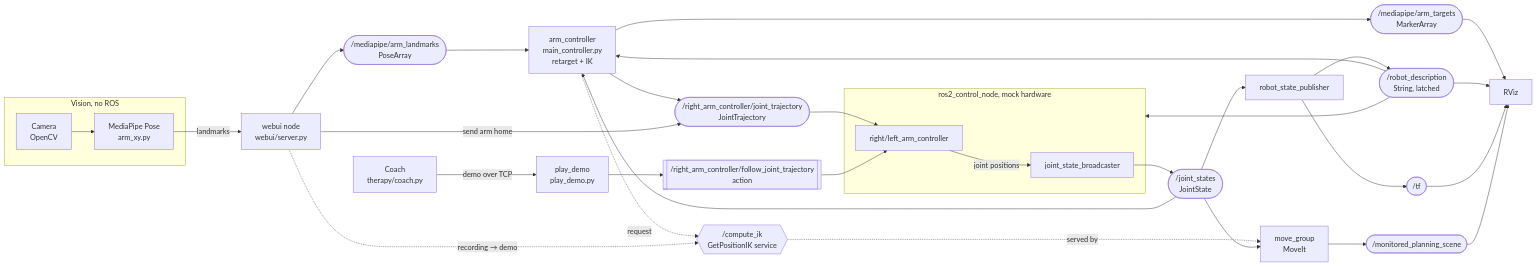
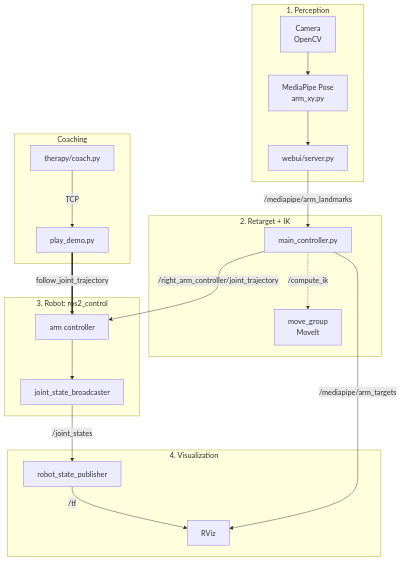
The first of 2 diagrams in README.md (rodeanmoradi/bots), drawn with Mermaid before and after one commit. The commit also changed other lines of this file and 6 other files, not shown here.

````diff
--- a/README.md
+++ b/README.md
@@ -30,51 +30,34 @@
 ```mermaid
-flowchart LR
-    subgraph vision["Vision, no ROS"]
-        cam["Camera<br/>OpenCV"] --> mp["MediaPipe Pose<br/>arm_xy.py"]
+flowchart TB
+    subgraph perception["1. Perception"]
+        cam["Camera<br/>OpenCV"] --> mp["MediaPipe Pose<br/>arm_xy.py"] --> web["webui/server.py"]
     end
 
-    web["webui node<br/>webui/server.py"]
-    mc["arm_controller<br/>main_controller.py<br/>retarget + IK"]
-    mg["move_group<br/>MoveIt"]
-    rsp["robot_state_publisher"]
-    subgraph r2c["ros2_control_node, mock hardware"]
-        jtc["right/left_arm_controller"]
+    subgraph ik["2. Retarget + IK"]
+        mc["main_controller.py"]
+        mg["move_group<br/>MoveIt"]
+    end
+
+    subgraph robot["3. Robot: ros2_control"]
+        jtc["arm controller"]
         jsb["joint_state_broadcaster"]
     end
-    coach["Coach<br/>therapy/coach.py"]
-    pd["play_demo<br/>play_demo.py"]
-    rviz["RViz"]
 
-    T_lm(["/mediapipe/arm_landmarks<br/>PoseArray"])
-    T_tgt(["/mediapipe/arm_targets<br/>MarkerArray"])
-    T_traj(["/right_arm_controller/joint_trajectory<br/>JointTrajectory"])
-    T_js(["/joint_states<br/>JointState"])
-    T_desc(["/robot_description<br/>String, latched"])
-    T_tf(["/tf"])
-    T_ps(["/monitored_planning_scene"])
-    S_ik{{"/compute_ik<br/>GetPositionIK service"}}
-    A_fjt[["/right_arm_controller/follow_joint_trajectory<br/>action"]]
+    subgraph viz["4. Visualization"]
+        rsp["robot_state_publisher"]
+        rviz["RViz"]
+    end
 
-    mp -->|"landmarks"| web
-    web --> T_lm --> mc
-    mc -.->|"request"| S_ik
-    web -.->|"recording → demo"| S_ik
-    S_ik -.->|"served by"| mg
-    mc --> T_traj
-    web -->|"send arm home"| T_traj
-    T_traj --> jtc
-    mc --> T_tgt --> rviz
-    coach -->|"demo over TCP"| pd
-    pd --> A_fjt --> jtc
-    jtc -->|"joint positions"| jsb
-    jsb --> T_js
-    T_js --> rsp
-    T_js --> mg
-    T_js --> mc
-    rsp --> T_desc
-    T_desc --> mc
-    T_desc --> r2c
-    T_desc --> rviz
-    rsp --> T_tf --> rviz
-    mg --> T_ps --> rviz
+    subgraph coaching["Coaching"]
+        coach["therapy/coach.py"] -->|"TCP"| pd["play_demo.py"]
+    end
+
+    web -->|"/mediapipe/arm_landmarks"| mc
+    mc -.->|"/compute_ik"| mg
+    mc -->|"/right_arm_controller/joint_trajectory"| jtc
+    pd ==>|"follow_joint_trajectory"| jtc
+    jtc --> jsb
+    jsb -->|"/joint_states"| rsp
+    rsp -->|"/tf"| rviz
+    mc -->|"/mediapipe/arm_targets"| rviz
 ```
````
